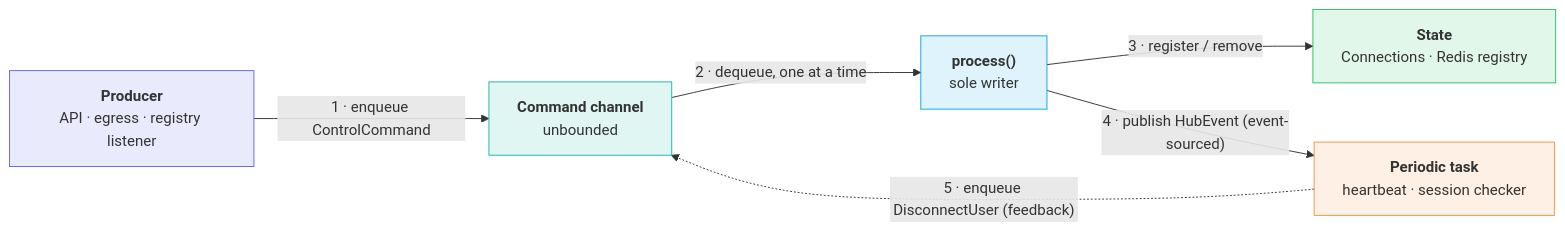
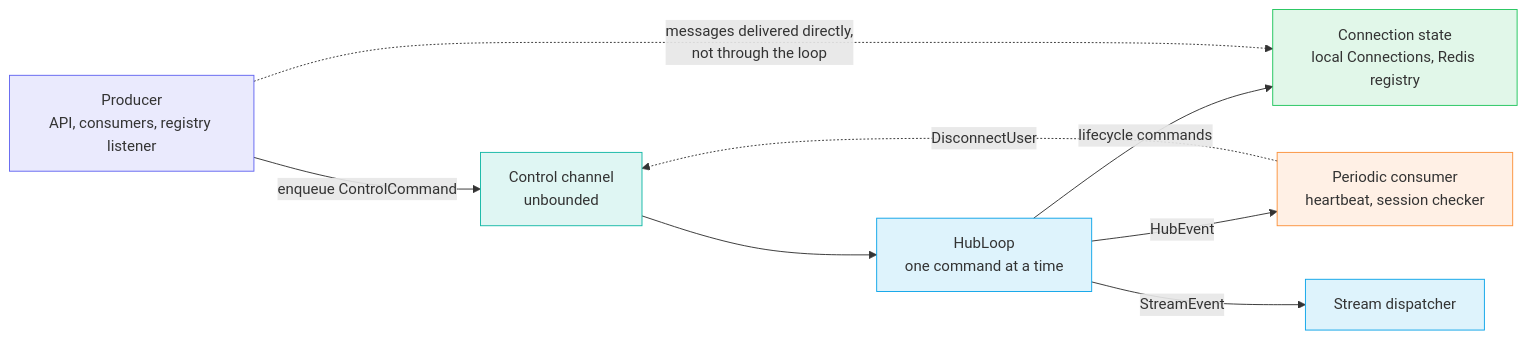
The fourth of 7 diagrams in docs/services/builder/hub.md (gzp79/shine-services), drawn with Mermaid before and after one commit. The commit also changed other lines of this file and 5 other files, not shown here.

````diff
--- a/docs/services/builder/hub.md
+++ b/docs/services/builder/hub.md
@@ -178,20 +196,23 @@
 ```mermaid
 flowchart LR
     classDef indigo fill:#6366f122,stroke:#6366f1
     classDef teal fill:#14b8a622,stroke:#14b8a6
     classDef blue fill:#0ea5e922,stroke:#0ea5e9
     classDef green fill:#22c55e22,stroke:#22c55e
     classDef orange fill:#fb923c22,stroke:#fb923c
 
-    P["<b>Producer</b><br/>API · egress · registry listener"]:::indigo
-    Q["<b>Command channel</b><br/>unbounded"]:::teal
-    L["<b>process()</b><br/>sole writer"]:::blue
-    S["<b>State</b><br/>Connections · Redis registry"]:::green
-    T["<b>Periodic task</b><br/>heartbeat · session checker"]:::orange
+    P["Producer<br/>API, consumers, registry listener"]:::indigo
+    Q["Control channel<br/>unbounded"]:::teal
+    L["HubLoop<br/>one command at a time"]:::blue
+    S["Connection state<br/>local Connections, Redis registry"]:::green
+    T["Periodic consumer<br/>heartbeat, session checker"]:::orange
+    D["Stream dispatcher"]:::blue
 
-    P -- "1 · enqueue ControlCommand" --> Q
-    Q -- "2 · dequeue, one at a time" --> L
-    L -- "3 · register / remove" --> S
-    L -- "4 · publish HubEvent (event-sourced)" --> T
-    T -. "5 · enqueue DisconnectUser (feedback)" .-> Q
+    P -- "enqueue ControlCommand" --> Q
+    Q --> L
+    L -- "lifecycle commands" --> S
+    L -- "HubEvent" --> T
+    T -. "DisconnectUser" .-> Q
+    L -- "StreamEvent" --> D
+    P -. "messages delivered directly,<br/>not through the loop" .-> S
 ```
````
